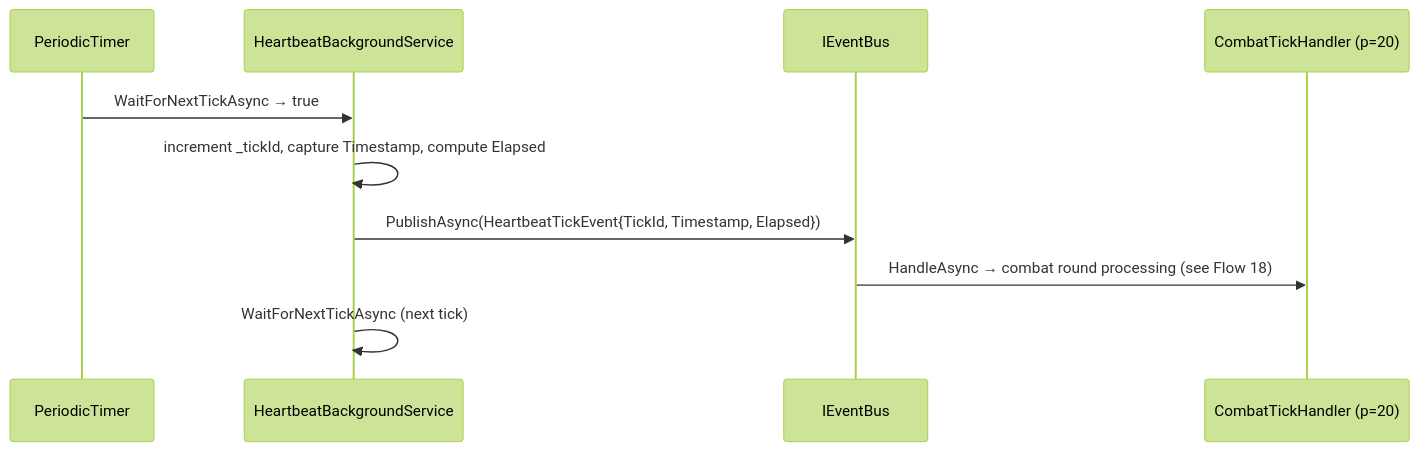
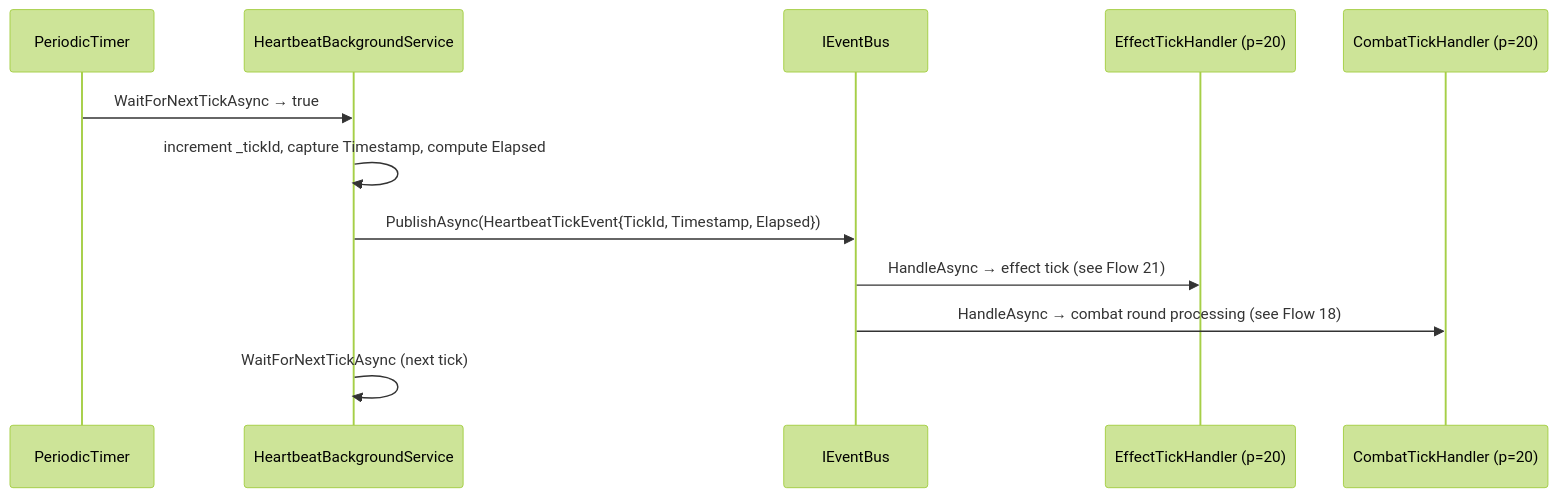
Before and after one commit to dmbyer/Hedron: the diagram in docs/architecture/flows/flow-16-heartbeat-tick.md, drawn with Mermaid (forest theme). The commit also changed other lines of this file and 34 other files, not shown here.

First line of the commit message:
slice 9-e: effect substrate (EffectSystem, stat modifiers, heartbeat tick, admin tooling) (#100)

````diff
--- a/docs/architecture/flows/flow-16-heartbeat-tick.md
+++ b/docs/architecture/flows/flow-16-heartbeat-tick.md
@@ -9,13 +9,15 @@
 ```mermaid
 sequenceDiagram
     participant Timer as PeriodicTimer
     participant HBS as HeartbeatBackgroundService
     participant Bus as IEventBus
+    participant ETH as EffectTickHandler (p=20)
     participant CTH as CombatTickHandler (p=20)
 
     Timer->>HBS: WaitForNextTickAsync → true
     HBS->>HBS: increment _tickId, capture Timestamp, compute Elapsed
     HBS->>Bus: PublishAsync(HeartbeatTickEvent{TickId, Timestamp, Elapsed})
+    Bus->>ETH: HandleAsync → effect tick (see Flow 21)
     Bus->>CTH: HandleAsync → combat round processing (see Flow 18)
     HBS->>HBS: WaitForNextTickAsync (next tick)
 ```
````
